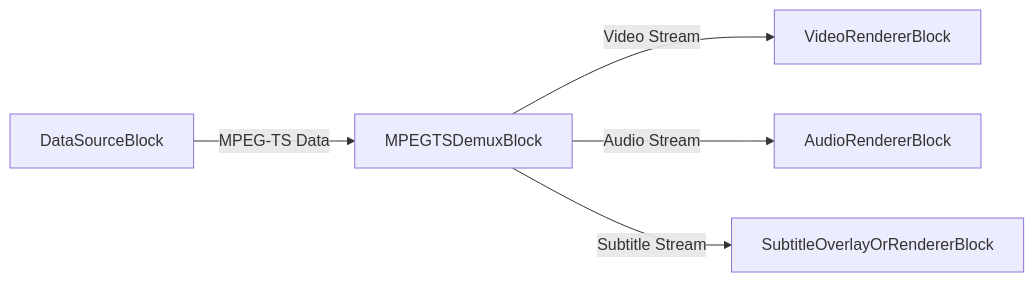
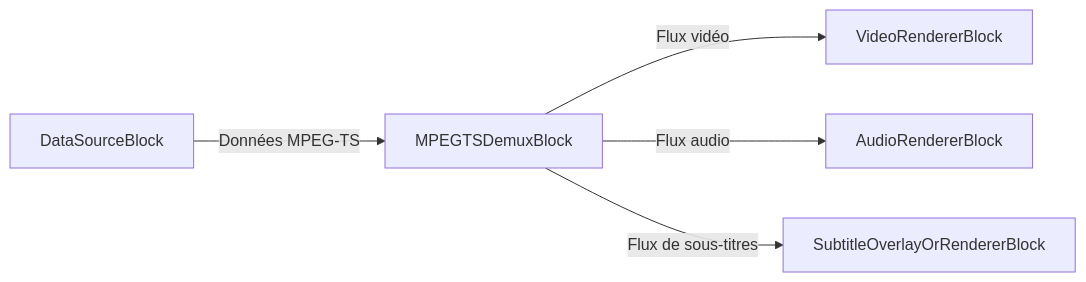
The first of 4 diagrams in dotnet/mediablocks/Demuxers/index.fr.md (visioforge/help), drawn with Mermaid before and after one commit. The commit also changed other lines of this file and 107 other files, not shown here.

````diff
--- a/dotnet/mediablocks/Demuxers/index.fr.md
+++ b/dotnet/mediablocks/Demuxers/index.fr.md
@@ -58,7 +59,7 @@
 ```mermaid
 graph LR;
-    DataSourceBlock -- MPEG-TS Data --> MPEGTSDemuxBlock;
-    MPEGTSDemuxBlock -- Video Stream --> VideoRendererBlock;
-    MPEGTSDemuxBlock -- Audio Stream --> AudioRendererBlock;
-    MPEGTSDemuxBlock -- Subtitle Stream --> SubtitleOverlayOrRendererBlock;
+    DataSourceBlock -- Données MPEG-TS --> MPEGTSDemuxBlock;
+    MPEGTSDemuxBlock -- Flux vidéo --> VideoRendererBlock;
+    MPEGTSDemuxBlock -- Flux audio --> AudioRendererBlock;
+    MPEGTSDemuxBlock -- Flux de sous-titres --> SubtitleOverlayOrRendererBlock;
 ```
````
